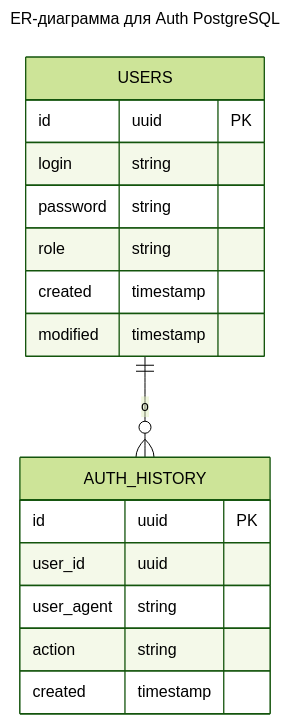
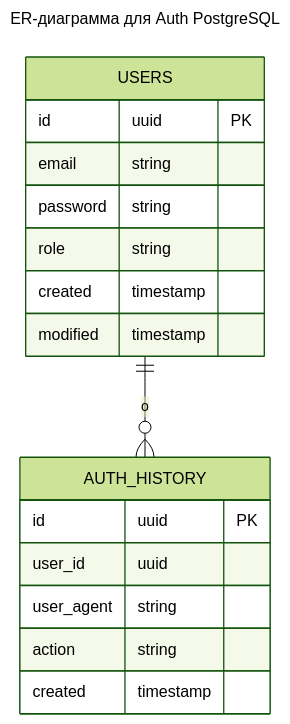
One commit to Dbl4/Auth_sprint_1 changed the diagram in documentation/auth-er-diagram.md. Above: the diagram before and after it, drawn with Mermaid (forest theme).

Commit message:
In Auth ER digram change login to email filed name

````diff
--- a/documentation/auth-er-diagram.md
+++ b/documentation/auth-er-diagram.md
@@ -1,25 +1,25 @@
 ```mermaid
 ---
 title: ER-диаграмма для Auth PostgreSQL
 ---
 erDiagram
 
 USERS {
     id uuid PK
-    login string
+    email string
     password string
     role string
     created timestamp
     modified timestamp
 }
 
 AUTH_HISTORY {
     id uuid PK
     user_id uuid
     user_agent string
     action string
     created timestamp
 }
 
 USERS ||--o{ AUTH_HISTORY: o
 ```
````
